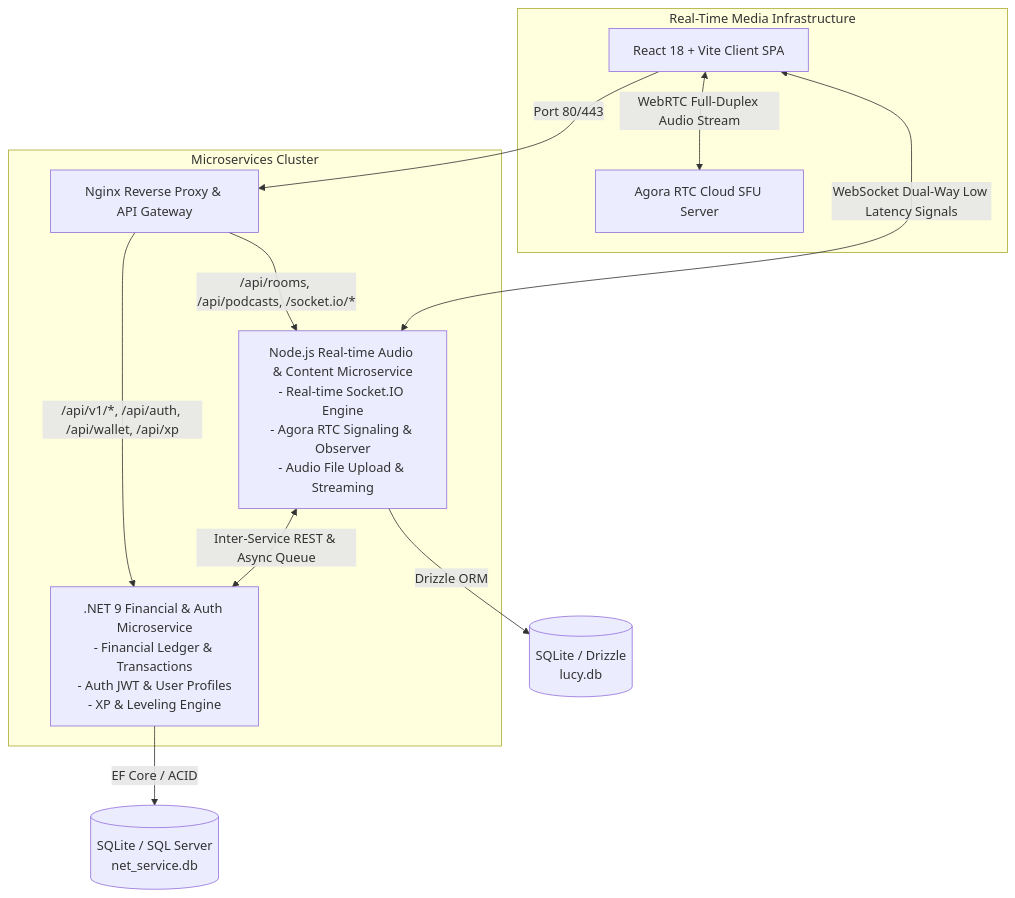
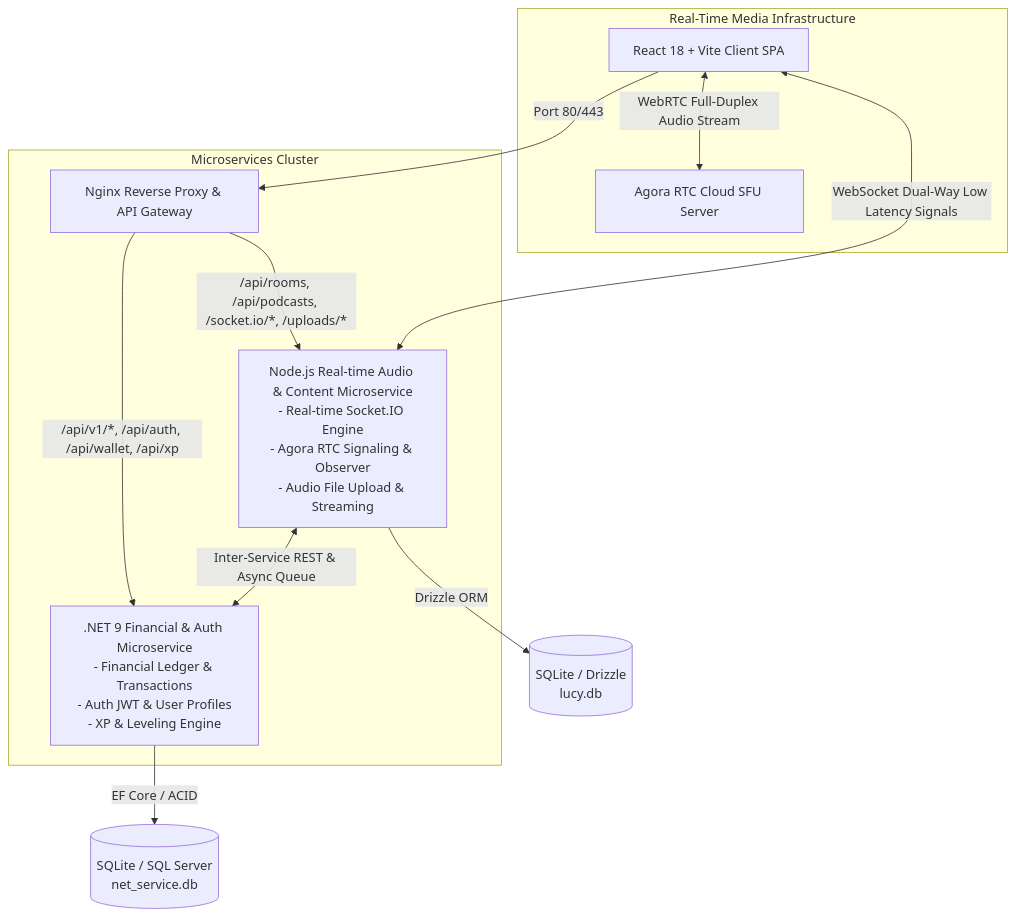
Before and after one commit to TomOutfit/Project_SWD392_LUCY: the diagram in ARCHITECTURE_JUSTIFICATION.md, drawn with Mermaid. The commit also changed other lines of this file, not shown here.

Commit message:
docs(architecture): complete SWD392 report detailing DB split, design patterns, and audio streaming architecture

````diff
--- a/ARCHITECTURE_JUSTIFICATION.md
+++ b/ARCHITECTURE_JUSTIFICATION.md
@@ -13,18 +13,18 @@
 ```mermaid
 graph TD
     Client[React 18 + Vite Client SPA] -->|Port 80/443| Gateway[Nginx Reverse Proxy & API Gateway]
     
     subgraph "Microservices Cluster"
         Gateway -->|/api/v1/*, /api/auth, /api/wallet, /api/xp| NET[.NET 9 Financial & Auth Microservice\n- Financial Ledger & Transactions\n- Auth JWT & User Profiles\n- XP & Leveling Engine]
-        Gateway -->|/api/rooms, /api/podcasts, /socket.io/*| NJS[Node.js Real-time Audio & Content Microservice\n- Real-time Socket.IO Engine\n- Agora RTC Signaling & Observer\n- Audio File Upload & Streaming]
+        Gateway -->|/api/rooms, /api/podcasts, /socket.io/*, /uploads/*| NJS[Node.js Real-time Audio & Content Microservice\n- Real-time Socket.IO Engine\n- Agora RTC Signaling & Observer\n- Audio File Upload & Streaming]
     end
 
     subgraph "Real-Time Media Infrastructure"
         Client <-->|WebRTC Full-Duplex Audio Stream| Agora[Agora RTC Cloud SFU Server]
         Client <-->|WebSocket Dual-Way Low Latency Signals| NJS
     end
     
     NET -->|EF Core / ACID| DB1[(SQLite / SQL Server\nnet_service.db)]
     NJS -->|Drizzle ORM| DB2[(SQLite / Drizzle\nlucy.db)]
     NJS <-->|Inter-Service REST & Async Queue| NET
 ```
````
